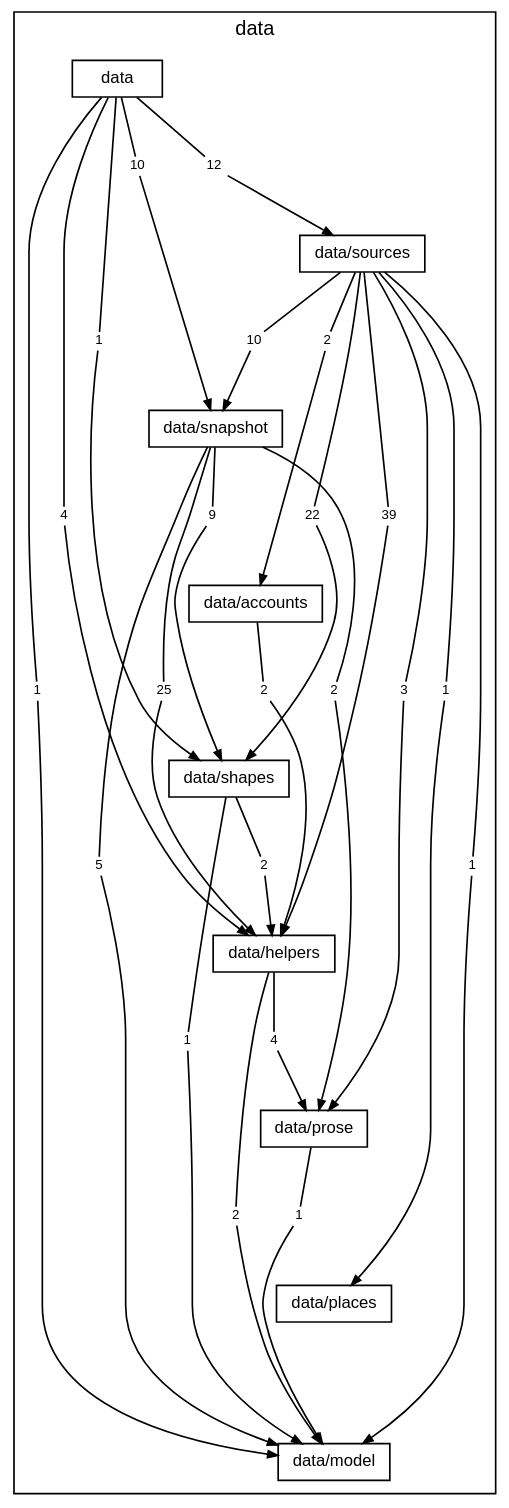
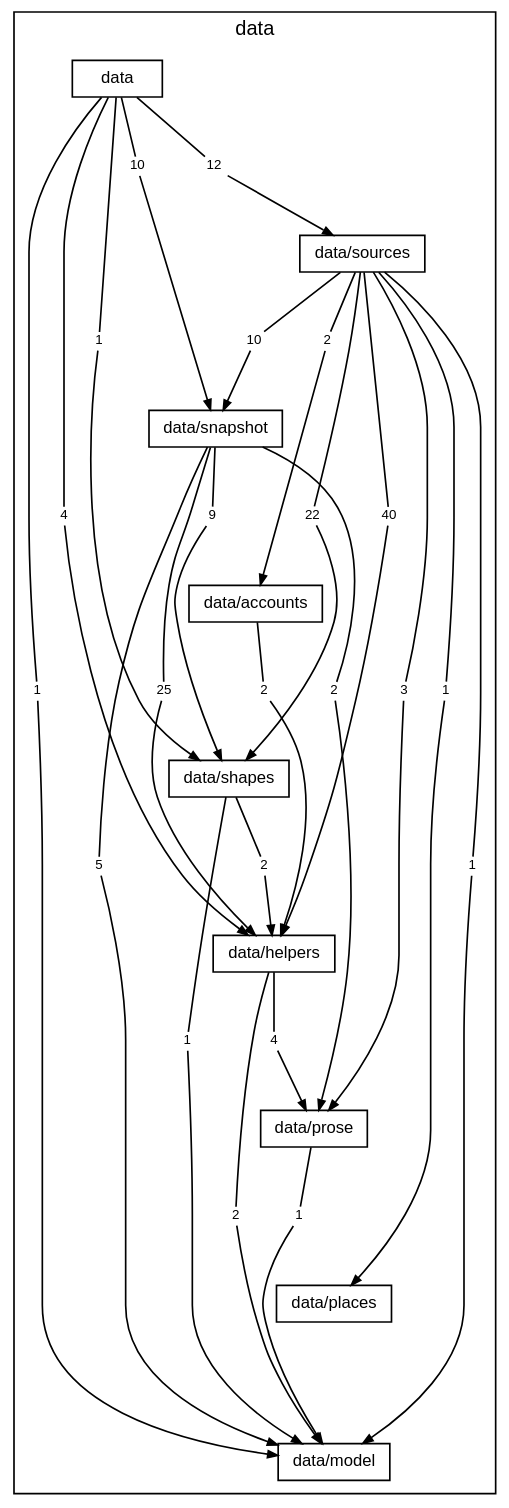
Before and after one commit to TheAxeC/oculus: the diagram in docs/diagrams/layer-data.dot, drawn with Graphviz. The commit also changed 215 other files, not shown here.

```diff
--- a/docs/diagrams/layer-data.dot
+++ b/docs/diagrams/layer-data.dot
@@ -1,91 +1,91 @@
 digraph layer_data {
     graph [bgcolor="transparent", rankdir=TB, newrank=true, mclimit=4, fontname="Helvetica,Arial,sans-serif", fontsize=12, nodesep=0.2, ranksep=0.5];
     node [shape=box, color="black", fontcolor="black", fontname="Helvetica,Arial,sans-serif", fontsize=10, height=0.3, margin="0.12,0.04"];
     edge [color="black", fontcolor="black", fontname="Helvetica,Arial,sans-serif", fontsize=8, arrowsize=0.6];
     subgraph "cluster_data" {
         label="data"; style=solid;
         "folder data" [label="data"];
         "folder data/sources" [label="data/sources"];
         "folder data/snapshot" [label="data/snapshot"];
         "folder data/accounts" [label="data/accounts"];
         "folder data/shapes" [label="data/shapes"];
         "folder data/helpers" [label="data/helpers"];
         "folder data/prose" [label="data/prose"];
         "folder data/places" [label="data/places"];
         "folder data/model" [label="data/model"];
         "folder data to folder data/helpers" [label="4", shape=box, color="transparent", fontsize=8, width=0, height=0, margin="0.04,0.02"];
         "folder data to folder data/model" [label="1", shape=box, color="transparent", fontsize=8, width=0, height=0, margin="0.04,0.02"];
         "folder data to folder data/shapes" [label="1", shape=box, color="transparent", fontsize=8, width=0, height=0, margin="0.04,0.02"];
         "folder data to folder data/snapshot" [label="10", shape=box, color="transparent", fontsize=8, width=0, height=0, margin="0.04,0.02"];
         "folder data to folder data/sources" [label="12", shape=box, color="transparent", fontsize=8, width=0, height=0, margin="0.04,0.02"];
         "folder data/sources to folder data/accounts" [label="2", shape=box, color="transparent", fontsize=8, width=0, height=0, margin="0.04,0.02"];
-        "folder data/sources to folder data/helpers" [label="39", shape=box, color="transparent", fontsize=8, width=0, height=0, margin="0.04,0.02"];
+        "folder data/sources to folder data/helpers" [label="40", shape=box, color="transparent", fontsize=8, width=0, height=0, margin="0.04,0.02"];
         "folder data/sources to folder data/model" [label="1", shape=box, color="transparent", fontsize=8, width=0, height=0, margin="0.04,0.02"];
         "folder data/sources to folder data/places" [label="1", shape=box, color="transparent", fontsize=8, width=0, height=0, margin="0.04,0.02"];
         "folder data/sources to folder data/prose" [label="3", shape=box, color="transparent", fontsize=8, width=0, height=0, margin="0.04,0.02"];
         "folder data/sources to folder data/shapes" [label="22", shape=box, color="transparent", fontsize=8, width=0, height=0, margin="0.04,0.02"];
         "folder data/sources to folder data/snapshot" [label="10", shape=box, color="transparent", fontsize=8, width=0, height=0, margin="0.04,0.02"];
         "folder data/snapshot to folder data/helpers" [label="25", shape=box, color="transparent", fontsize=8, width=0, height=0, margin="0.04,0.02"];
         "folder data/snapshot to folder data/model" [label="5", shape=box, color="transparent", fontsize=8, width=0, height=0, margin="0.04,0.02"];
         "folder data/snapshot to folder data/prose" [label="2", shape=box, color="transparent", fontsize=8, width=0, height=0, margin="0.04,0.02"];
         "folder data/snapshot to folder data/shapes" [label="9", shape=box, color="transparent", fontsize=8, width=0, height=0, margin="0.04,0.02"];
         "folder data/accounts to folder data/helpers" [label="2", shape=box, color="transparent", fontsize=8, width=0, height=0, margin="0.04,0.02"];
         "folder data/shapes to folder data/helpers" [label="2", shape=box, color="transparent", fontsize=8, width=0, height=0, margin="0.04,0.02"];
         "folder data/shapes to folder data/model" [label="1", shape=box, color="transparent", fontsize=8, width=0, height=0, margin="0.04,0.02"];
         "folder data/helpers to folder data/model" [label="2", shape=box, color="transparent", fontsize=8, width=0, height=0, margin="0.04,0.02"];
         "folder data/helpers to folder data/prose" [label="4", shape=box, color="transparent", fontsize=8, width=0, height=0, margin="0.04,0.02"];
         "folder data/prose to folder data/model" [label="1", shape=box, color="transparent", fontsize=8, width=0, height=0, margin="0.04,0.02"];
     }
     "folder data" -> "folder data/sources" [style=invis, weight=10, minlen=2];
     "folder data/sources" -> "folder data/snapshot" [style=invis, weight=10, minlen=2];
     "folder data/snapshot" -> "folder data/accounts" [style=invis, weight=10, minlen=2];
     "folder data/accounts" -> "folder data/shapes" [style=invis, weight=10, minlen=2];
     "folder data/shapes" -> "folder data/helpers" [style=invis, weight=10, minlen=2];
     "folder data/helpers" -> "folder data/prose" [style=invis, weight=10, minlen=2];
     "folder data/prose" -> "folder data/places" [style=invis, weight=10, minlen=2];
     "folder data/places" -> "folder data/model" [style=invis, weight=10, minlen=2];
     "folder data" -> "folder data to folder data/helpers" [arrowhead=none, minlen=5, weight=10];
     "folder data to folder data/helpers" -> "folder data/helpers" [];
     "folder data" -> "folder data to folder data/model" [arrowhead=none, minlen=7, weight=10];
     "folder data to folder data/model" -> "folder data/model" [];
     "folder data" -> "folder data to folder data/shapes" [arrowhead=none, minlen=3, weight=10];
     "folder data to folder data/shapes" -> "folder data/shapes" [];
     "folder data" -> "folder data to folder data/snapshot" [arrowhead=none, minlen=1, weight=10];
     "folder data to folder data/snapshot" -> "folder data/snapshot" [];
     "folder data" -> "folder data to folder data/sources" [arrowhead=none, minlen=1, weight=10];
     "folder data to folder data/sources" -> "folder data/sources" [];
     "folder data/sources" -> "folder data/sources to folder data/accounts" [arrowhead=none, minlen=1, weight=10];
     "folder data/sources to folder data/accounts" -> "folder data/accounts" [];
     "folder data/sources" -> "folder data/sources to folder data/helpers" [arrowhead=none, minlen=3, weight=10];
     "folder data/sources to folder data/helpers" -> "folder data/helpers" [];
     "folder data/sources" -> "folder data/sources to folder data/model" [arrowhead=none, minlen=7, weight=10];
     "folder data/sources to folder data/model" -> "folder data/model" [];
     "folder data/sources" -> "folder data/sources to folder data/places" [arrowhead=none, minlen=5, weight=10];
     "folder data/sources to folder data/places" -> "folder data/places" [];
     "folder data/sources" -> "folder data/sources to folder data/prose" [arrowhead=none, minlen=5, weight=10];
     "folder data/sources to folder data/prose" -> "folder data/prose" [];
     "folder data/sources" -> "folder data/sources to folder data/shapes" [arrowhead=none, minlen=3, weight=10];
     "folder data/sources to folder data/shapes" -> "folder data/shapes" [];
     "folder data/sources" -> "folder data/sources to folder data/snapshot" [arrowhead=none, minlen=1, weight=10];
     "folder data/sources to folder data/snapshot" -> "folder data/snapshot" [];
     "folder data/snapshot" -> "folder data/snapshot to folder data/helpers" [arrowhead=none, minlen=3, weight=10];
     "folder data/snapshot to folder data/helpers" -> "folder data/helpers" [];
     "folder data/snapshot" -> "folder data/snapshot to folder data/model" [arrowhead=none, minlen=5, weight=10];
     "folder data/snapshot to folder data/model" -> "folder data/model" [];
     "folder data/snapshot" -> "folder data/snapshot to folder data/prose" [arrowhead=none, minlen=3, weight=10];
     "folder data/snapshot to folder data/prose" -> "folder data/prose" [];
     "folder data/snapshot" -> "folder data/snapshot to folder data/shapes" [arrowhead=none, minlen=1, weight=10];
     "folder data/snapshot to folder data/shapes" -> "folder data/shapes" [];
     "folder data/accounts" -> "folder data/accounts to folder data/helpers" [arrowhead=none, minlen=1, weight=10];
     "folder data/accounts to folder data/helpers" -> "folder data/helpers" [];
     "folder data/shapes" -> "folder data/shapes to folder data/helpers" [arrowhead=none, minlen=1, weight=10];
     "folder data/shapes to folder data/helpers" -> "folder data/helpers" [];
     "folder data/shapes" -> "folder data/shapes to folder data/model" [arrowhead=none, minlen=3, weight=10];
     "folder data/shapes to folder data/model" -> "folder data/model" [];
     "folder data/helpers" -> "folder data/helpers to folder data/model" [arrowhead=none, minlen=3, weight=10];
     "folder data/helpers to folder data/model" -> "folder data/model" [];
     "folder data/helpers" -> "folder data/helpers to folder data/prose" [arrowhead=none, minlen=1, weight=10];
     "folder data/helpers to folder data/prose" -> "folder data/prose" [];
     "folder data/prose" -> "folder data/prose to folder data/model" [arrowhead=none, minlen=1, weight=10];
     "folder data/prose to folder data/model" -> "folder data/model" [];
 }
```
